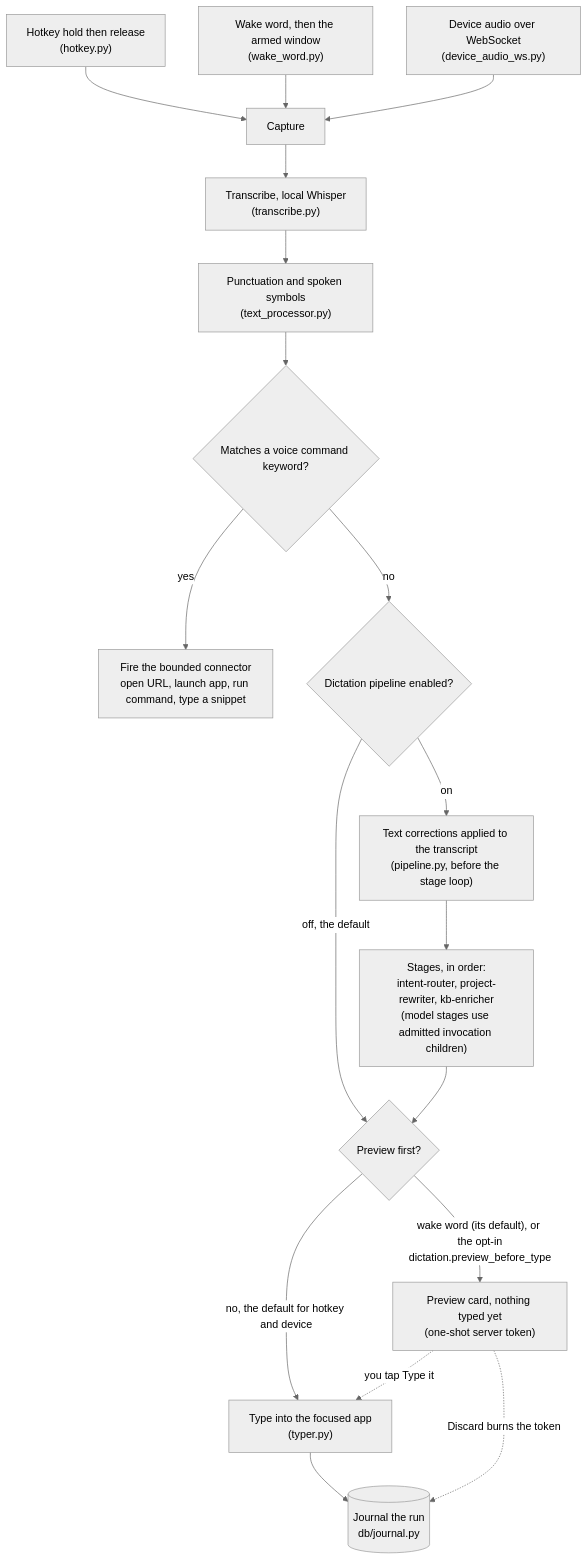
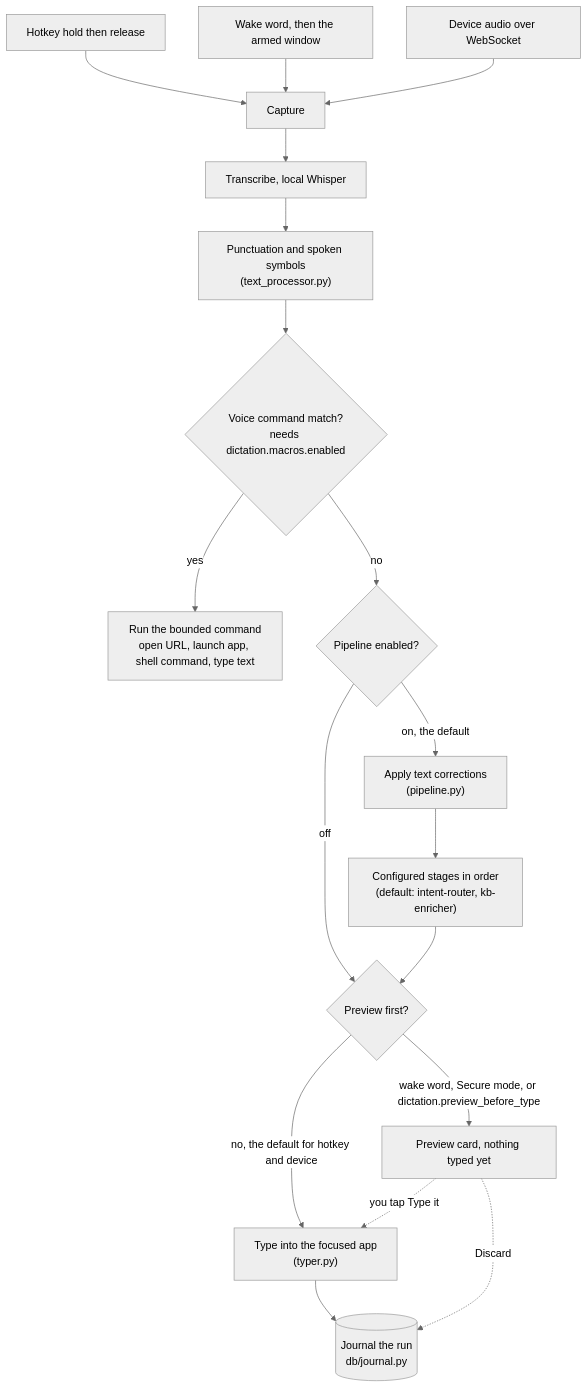
The second of 8 diagrams in docs/ARCHITECTURE.md (karolswdev/HoldSpeak), drawn with Mermaid (neutral theme) before and after one commit. The commit also changed other lines of this file and 66 other files, not shown here.

````diff
--- a/docs/ARCHITECTURE.md
+++ b/docs/ARCHITECTURE.md
@@ -226,20 +161,20 @@
 ```mermaid
 flowchart TD
-  HK["Hotkey hold then release<br/>(hotkey.py)"] --> CAP
-  WW["Wake word, then the armed window<br/>(wake_word.py)"] --> CAP
-  DEV["Device audio over WebSocket<br/>(device_audio_ws.py)"] --> CAP
-  CAP["Capture"] --> TR["Transcribe, local Whisper<br/>(transcribe.py)"]
+  HK["Hotkey hold then release"] --> CAP
+  WW["Wake word, then the armed window"] --> CAP
+  DEV["Device audio over WebSocket"] --> CAP
+  CAP["Capture"] --> TR["Transcribe, local Whisper"]
   TR --> PUNC["Punctuation and spoken symbols<br/>(text_processor.py)"]
-  PUNC --> VC{"Matches a voice command keyword?"}
-  VC -- yes --> FIRE["Fire the bounded connector<br/>open URL, launch app, run command, type a snippet"]
-  VC -- no --> PIPE{"Dictation pipeline enabled?"}
-  PIPE -- "off, the default" --> FORK
-  PIPE -- "on" --> CORR["Text corrections applied to the transcript<br/>(pipeline.py, before the stage loop)"]
-  CORR --> STAGES["Stages, in order:<br/>intent-router, project-rewriter, kb-enricher<br/>(model stages use admitted invocation children)"]
+  PUNC --> VC{"Voice command match?<br/>needs dictation.macros.enabled"}
+  VC -- yes --> FIRE["Run the bounded command<br/>open URL, launch app, shell command, type text"]
+  VC -- no --> PIPE{"Pipeline enabled?"}
+  PIPE -- "off" --> FORK
+  PIPE -- "on, the default" --> CORR["Apply text corrections<br/>(pipeline.py)"]
+  CORR --> STAGES["Configured stages in order<br/>(default: intent-router, kb-enricher)"]
   STAGES --> FORK{"Preview first?"}
   FORK -- "no, the default for hotkey and device" --> TYPE["Type into the focused app<br/>(typer.py)"]
-  FORK -- "wake word (its default), or the opt-in<br/>dictation.preview_before_type" --> PREVIEW["Preview card, nothing typed yet<br/>(one-shot server token)"]
+  FORK -- "wake word, Secure mode, or dictation.preview_before_type" --> PREVIEW["Preview card, nothing typed yet"]
   PREVIEW -. "you tap Type it" .-> TYPE
-  PREVIEW -. "Discard burns the token" .-> J
+  PREVIEW -. "Discard" .-> J
   TYPE --> J[("Journal the run<br/>db/journal.py")]
 ```
````
